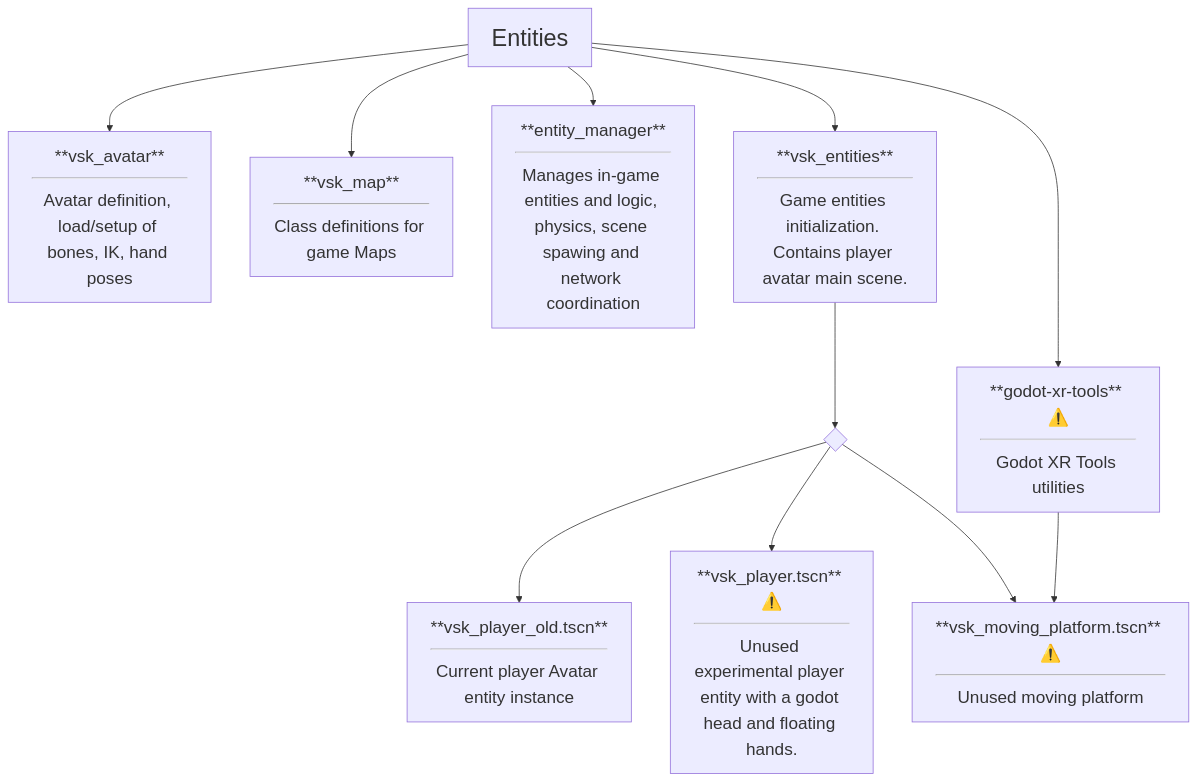
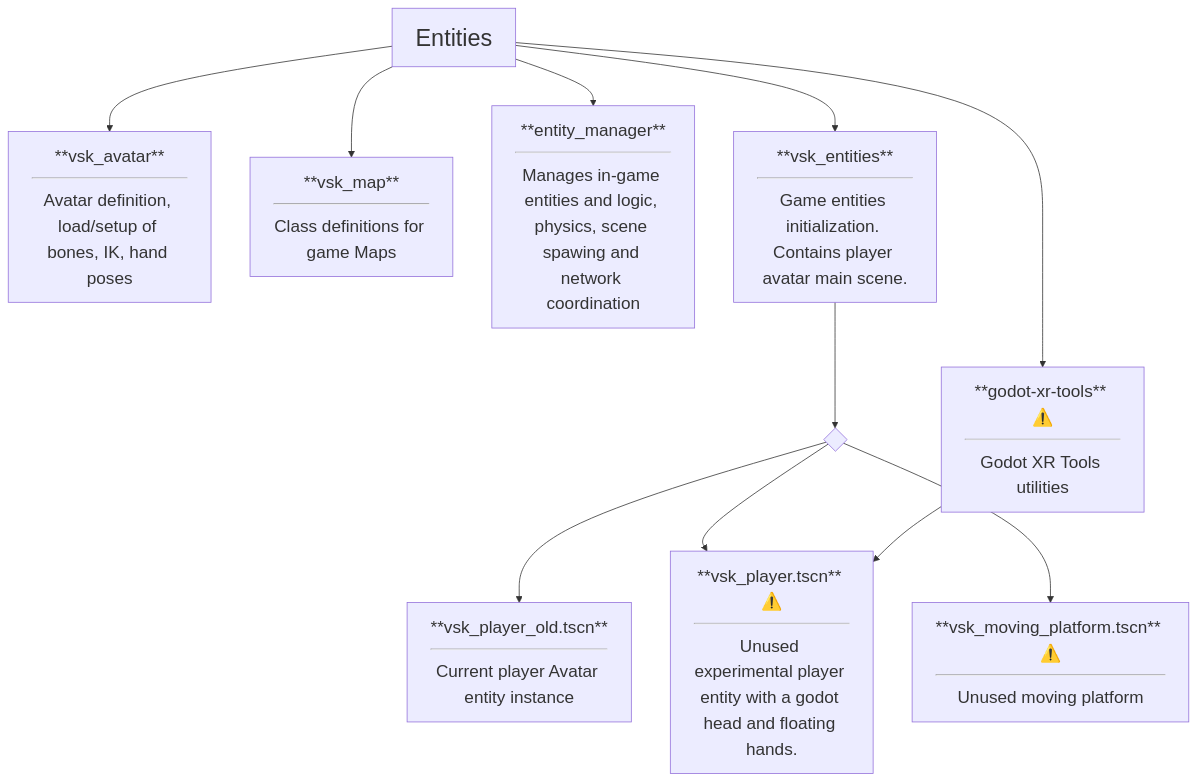
Before and after one commit to dragonhunt02/v-sekai-game: the fourth of 8 diagrams in test2.md, drawn with Mermaid.

````diff
--- a/test2.md
+++ b/test2.md
@@ -50,18 +50,18 @@
 ```mermaid
 %%{init: {'themeVariables': { 'fontSize': '22px' }}}%%
 flowchart TD
         Entities --> addon13[**vsk_avatar**<hr>Avatar definition, load/setup of bones, IK, hand poses]
         Entities --> addon14[**vsk_map**<hr>Class definitions for game Maps]
         Entities --> addon15[**entity_manager**<hr>Manages in-game entities and logic, physics, scene spawing and network coordination]
         Entities --> addon16[**vsk_entities**<hr>Game entities initialization. Contains player avatar main scene.]
             addon16 --> ctrl1{" "}
             ctrl1 --> dir1[**vsk_player_old.tscn**<hr>Current player Avatar entity instance]
             ctrl1 --> dir2[**vsk_player.tscn** ⚠️<hr>Unused experimental player entity with a godot head and floating hands.]
             ctrl1 --> dir3[**vsk_moving_platform.tscn** ⚠️<hr>Unused moving platform]
         Entities --> addon17[**godot-xr-tools** ⚠️<hr>Godot XR Tools utilities]
-        addon17 --> dir3
+        addon17 --> dir2
 
     classDef Category font-size:30px
     class Entities Category
 
 ```
````
